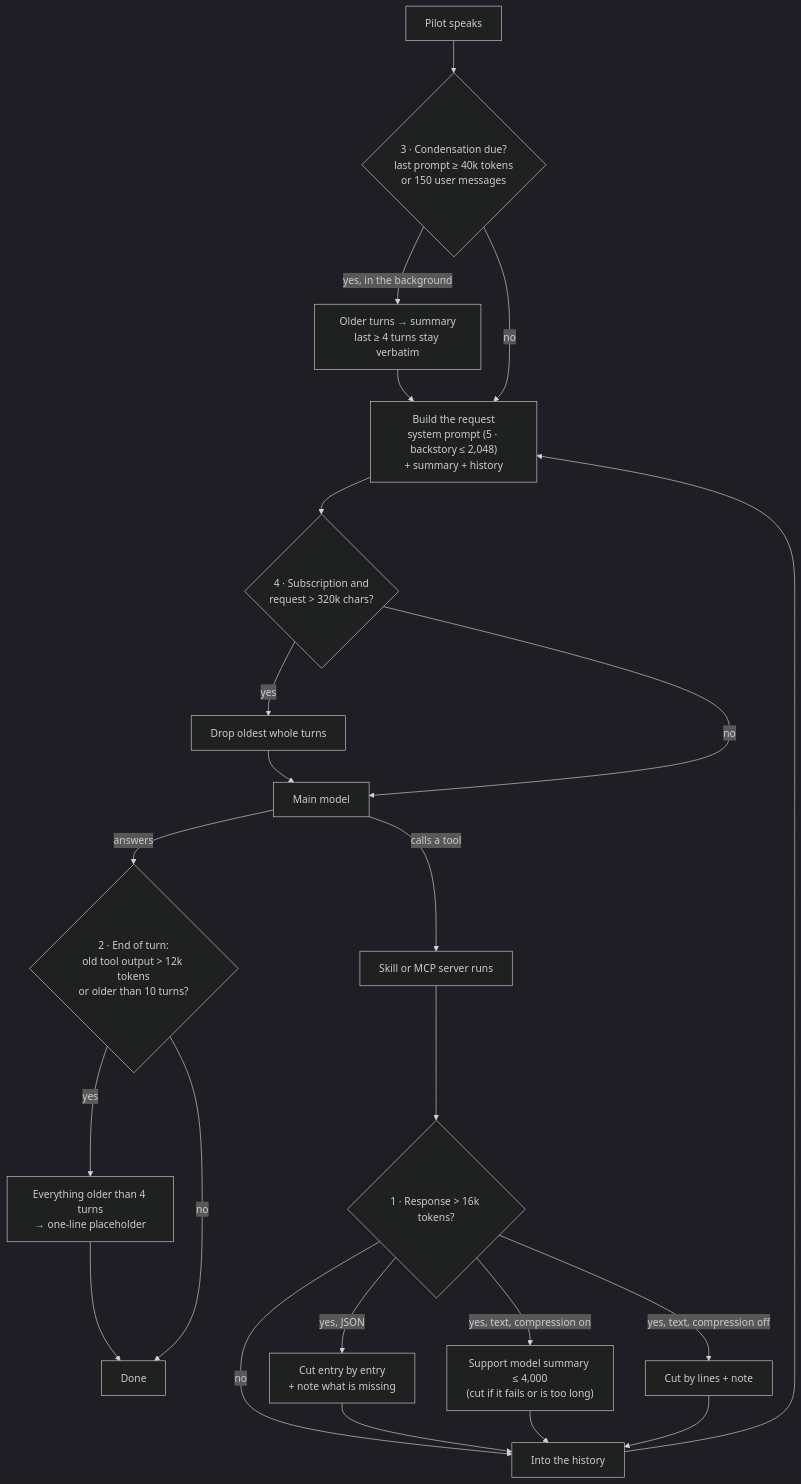
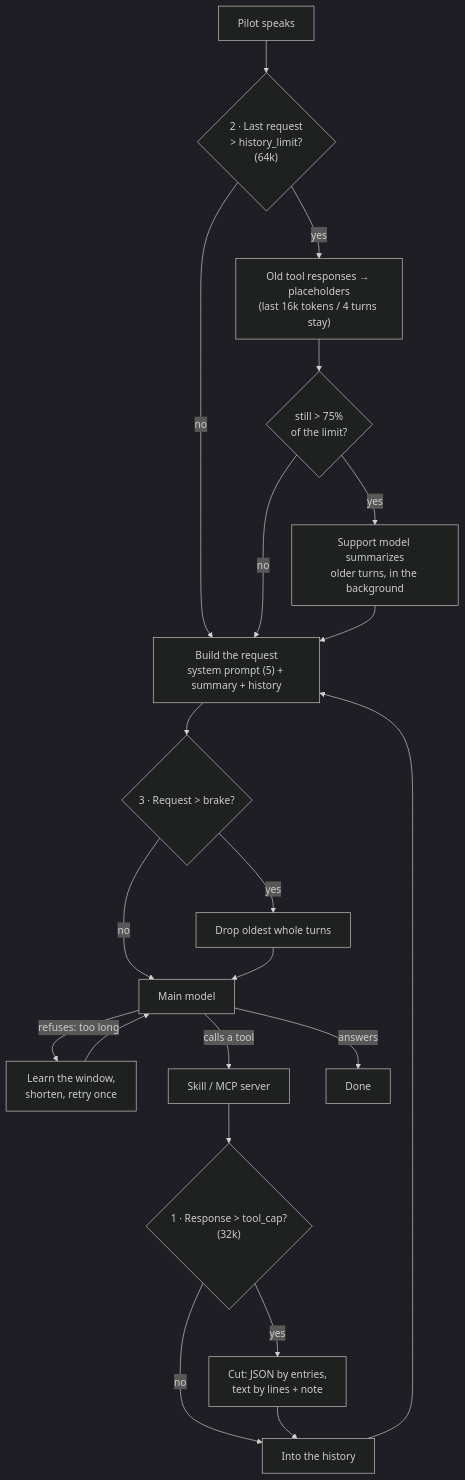
One commit to ShipBit/wingman-ai changed the diagram in docs/context-and-shortening.md. Above: the diagram before and after it, drawn with Mermaid (dark theme). The commit also changed other lines of this file and 3 other files, not shown here.

````diff
--- a/docs/context-and-shortening.md
+++ b/docs/context-and-shortening.md
@@ -32,26 +56,23 @@
 ```mermaid
 flowchart TD
-    U["Pilot speaks"] --> C3{"3 · Condensation due?<br/>last prompt ≥ 40k tokens<br/>or 150 user messages"}
-    C3 -- "yes, in the background" --> S3["Older turns → summary<br/>last ≥ 4 turns stay verbatim"]
-    C3 -- no --> P
-    S3 --> P["Build the request<br/>system prompt (5 · backstory ≤ 2,048)<br/>+ summary + history"]
-    P --> B4{"4 · Subscription and<br/>request > 320k chars?"}
-    B4 -- yes --> D4["Drop oldest whole turns"]
-    B4 -- no --> M
-    D4 --> M["Main model"]
-    M -- "answers" --> T2
-    M -- "calls a tool" --> X["Skill or MCP server runs"]
-    X --> C1{"1 · Response > 16k tokens?"}
+    U["Pilot speaks"] --> C2{"2 · Last request<br/>> history_limit?<br/>(64k)"}
+    C2 -- no --> P
+    C2 -- yes --> A2["Old tool responses → placeholders<br/>(last 16k tokens / 4 turns stay)"]
+    A2 --> B2{"still > 75%<br/>of the limit?"}
+    B2 -- yes --> S2["Support model summarizes<br/>older turns, in the background"]
+    B2 -- no --> P
+    S2 --> P
+    P["Build the request<br/>system prompt (5) + summary + history"] --> K3{"3 · Request > brake?"}
+    K3 -- yes --> D3["Drop oldest whole turns"]
+    K3 -- no --> M
+    D3 --> M["Main model"]
+    M -- "refuses: too long" --> L3["Learn the window,<br/>shorten, retry once"]
+    L3 --> M
+    M -- "calls a tool" --> X["Skill / MCP server"]
+    X --> C1{"1 · Response > tool_cap?<br/>(32k)"}
     C1 -- no --> H["Into the history"]
-    C1 -- "yes, JSON" --> K1["Cut entry by entry<br/>+ note what is missing"]
-    C1 -- "yes, text, compression on" --> Z1["Support model summary ≤ 4,000<br/>(cut if it fails or is too long)"]
-    C1 -- "yes, text, compression off" --> L1["Cut by lines + note"]
+    C1 -- yes --> K1["Cut: JSON by entries,<br/>text by lines + note"]
     K1 --> H
-    Z1 --> H
-    L1 --> H
     H --> P
-    T2{"2 · End of turn:<br/>old tool output > 12k tokens<br/>or older than 10 turns?"}
-    T2 -- yes --> R2["Everything older than 4 turns<br/>→ one-line placeholder"]
-    T2 -- no --> E["Done"]
-    R2 --> E
+    M -- "answers" --> E["Done"]
 ```
````
